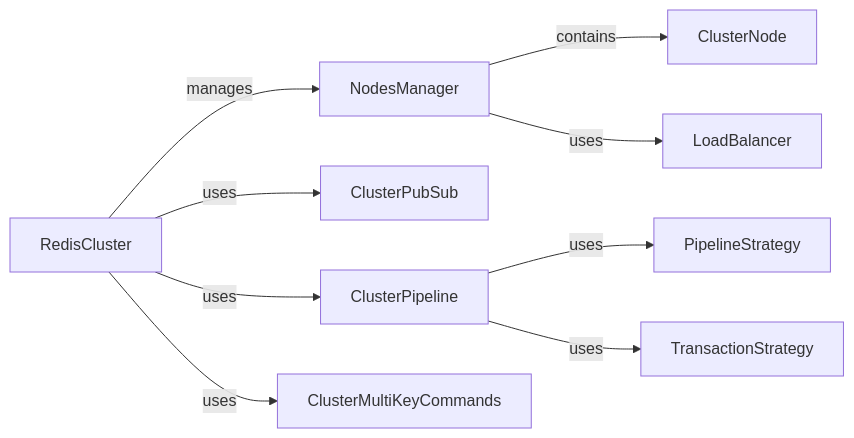
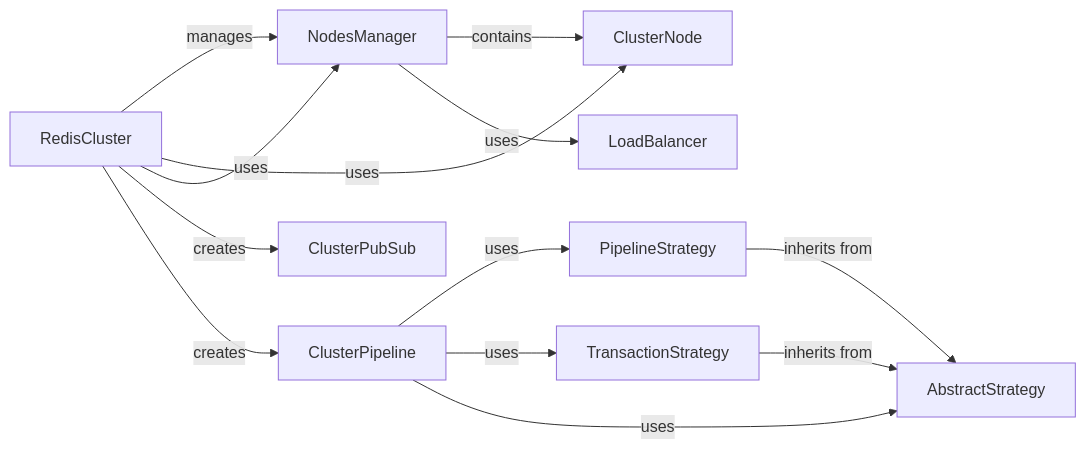
One commit to CodeBoarding/GeneratedOnBoardings changed the diagram in redis-py/Cluster Support.md. Above: the diagram before and after it, drawn with Mermaid. The commit also changed other lines of this file and 15 other files, not shown here.

````diff
--- a/redis-py/Cluster Support.md
+++ b/redis-py/Cluster Support.md
@@ -1,20 +1,24 @@
 ```mermaid
 graph LR
     RedisCluster["RedisCluster"]
     NodesManager["NodesManager"]
     ClusterNode["ClusterNode"]
     ClusterPubSub["ClusterPubSub"]
     ClusterPipeline["ClusterPipeline"]
     PipelineStrategy["PipelineStrategy"]
     TransactionStrategy["TransactionStrategy"]
-    ClusterMultiKeyCommands["ClusterMultiKeyCommands"]
+    AbstractStrategy["AbstractStrategy"]
     LoadBalancer["LoadBalancer"]
     RedisCluster -- "manages" --> NodesManager
     NodesManager -- "contains" --> ClusterNode
-    RedisCluster -- "uses" --> ClusterPubSub
-    RedisCluster -- "uses" --> ClusterPipeline
+    RedisCluster -- "uses" --> ClusterNode
+    RedisCluster -- "uses" --> NodesManager
+    RedisCluster -- "creates" --> ClusterPubSub
+    RedisCluster -- "creates" --> ClusterPipeline
     ClusterPipeline -- "uses" --> PipelineStrategy
     ClusterPipeline -- "uses" --> TransactionStrategy
-    RedisCluster -- "uses" --> ClusterMultiKeyCommands
+    PipelineStrategy -- "inherits from" --> AbstractStrategy
+    TransactionStrategy -- "inherits from" --> AbstractStrategy
     NodesManager -- "uses" --> LoadBalancer
+    ClusterPipeline -- "uses" --> AbstractStrategy
 ```
````
